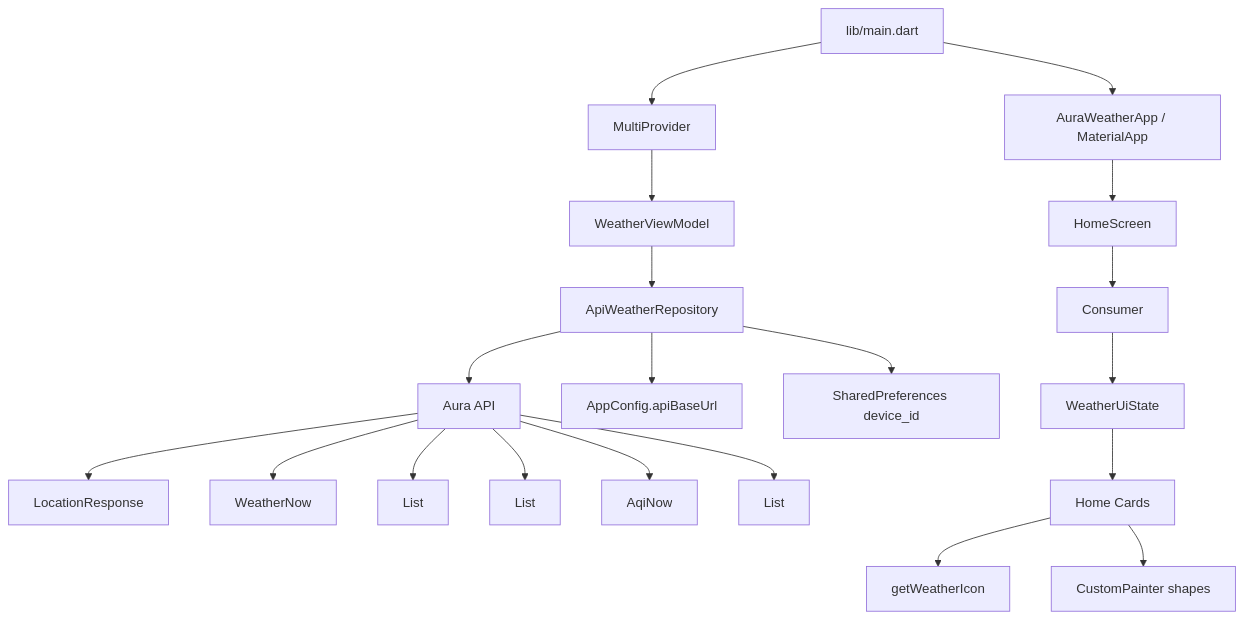
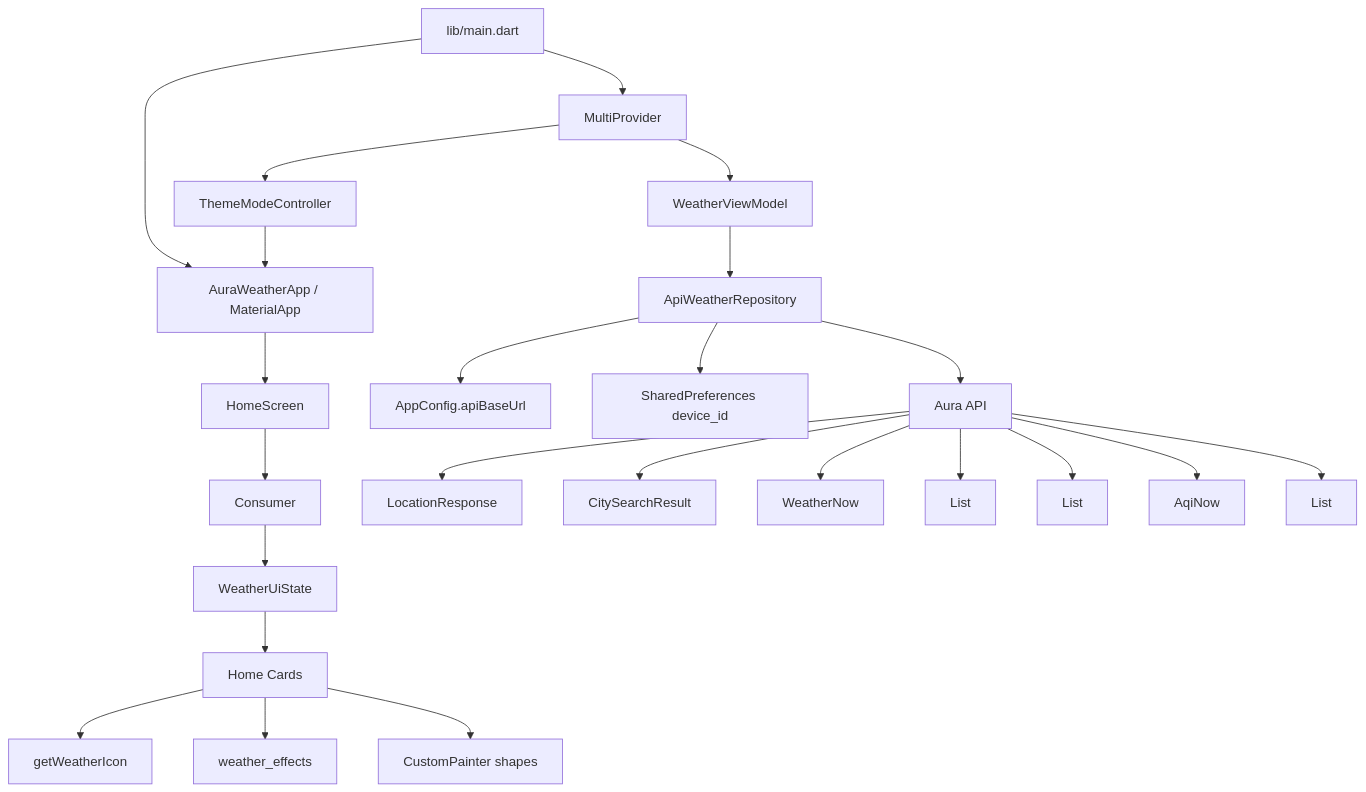
One commit to origami-suki/aura changed the first of 3 diagrams in doc/frontend-architecture.md. Above: the diagram before and after it, drawn with Mermaid. The commit also changed other lines of this file and 1 other file, not shown here.

Commit message:
update: update architecture document

````diff
--- a/doc/frontend-architecture.md
+++ b/doc/frontend-architecture.md
@@ -62,25 +66,29 @@
 ```mermaid
 flowchart TD
   main[lib/main.dart] --> provider[MultiProvider]
   provider --> vm[WeatherViewModel]
+  provider --> theme[ThemeModeController]
   main --> app[AuraWeatherApp / MaterialApp]
+  theme --> app
   app --> home[HomeScreen]
   home --> consumer[Consumer<WeatherViewModel>]
   consumer --> state[WeatherUiState]
 
   vm --> repo[ApiWeatherRepository]
   repo --> config[AppConfig.apiBaseUrl]
   repo --> prefs[SharedPreferences device_id]
   repo --> api[Aura API]
 
   api --> location[LocationResponse]
+  api --> city[CitySearchResult]
   api --> now[WeatherNow]
   api --> hourly[List<HourlyForecast>]
   api --> daily[List<DailyForecast>]
   api --> aqi[AqiNow]
   api --> indices[List<IndexInfo>]
 
   state --> cards[Home Cards]
   cards --> icons[getWeatherIcon]
+  cards --> effects[weather_effects]
   cards --> painters[CustomPainter shapes]
 ```
````
